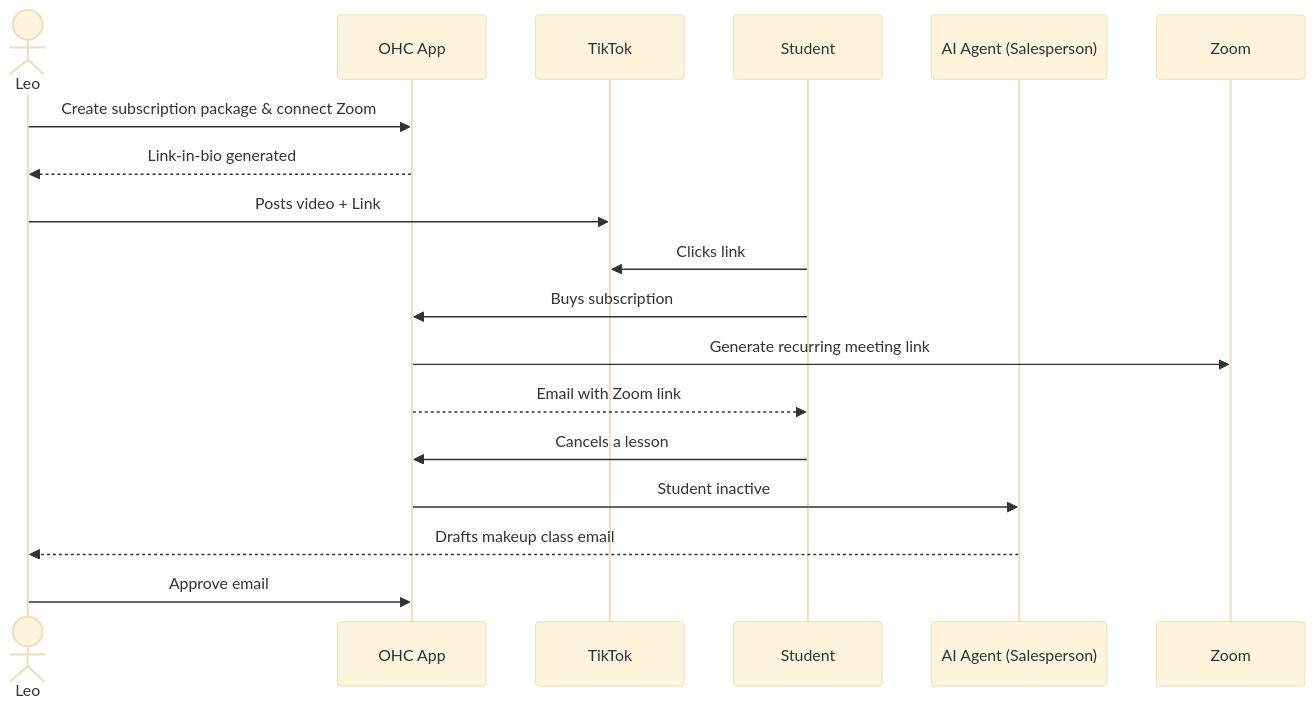
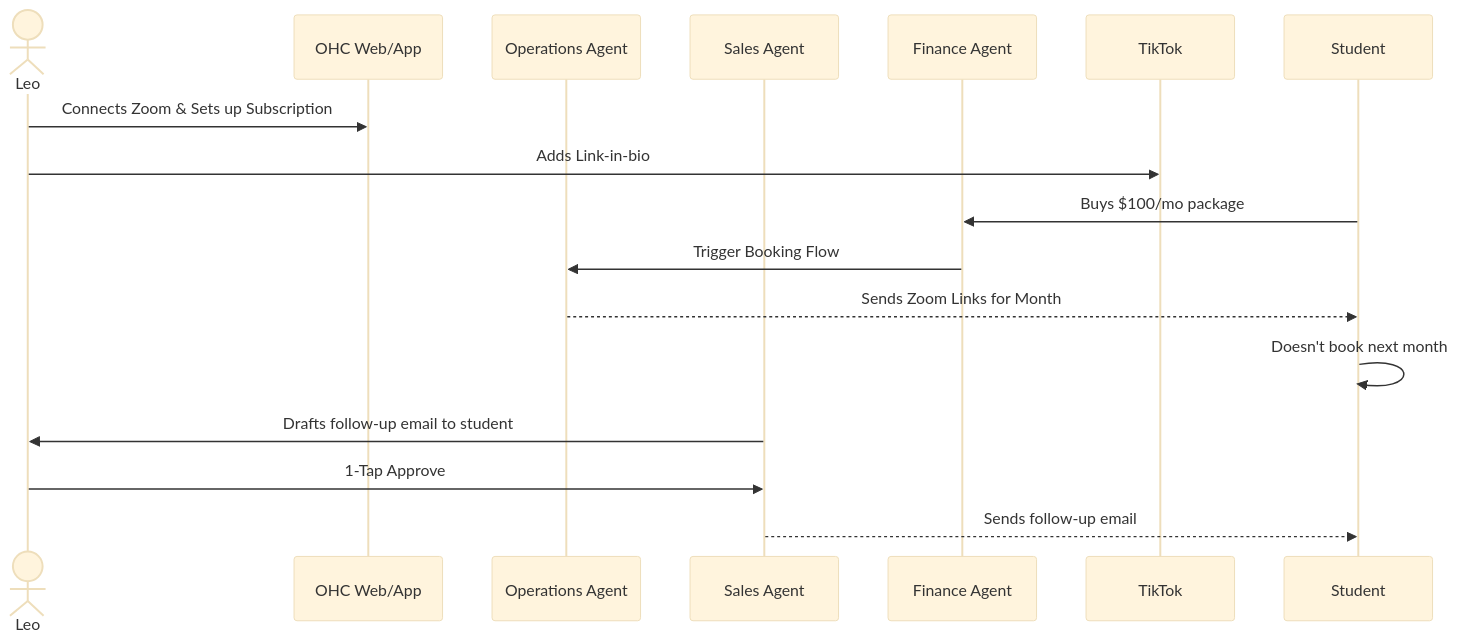
The fourth of 5 diagrams in docs/architecture/ohc_business_journey_architecture.md (omnisolo-llc/onehumancorp), drawn with Mermaid (base theme) before and after one commit. The commit also changed other lines of this file, not shown here.

First line of the commit message:
docs(architecture): update ohc_business_journey_architecture.md with detailed research report

````diff
--- a/docs/architecture/ohc_business_journey_architecture.md
+++ b/docs/architecture/ohc_business_journey_architecture.md
@@ -125,21 +132,18 @@
 ```mermaid
 sequenceDiagram
     actor Leo
-    participant OHC App
-    participant TikTok
-    participant Student
-    participant AI Agent (Salesperson)
-    participant Zoom
+    participant OHC Web/App
+    participant Operations Agent
+    participant Sales Agent
+    participant Finance Agent
 
-    Leo->>OHC App: Create subscription package & connect Zoom
-    OHC App-->>Leo: Link-in-bio generated
-    Leo->>TikTok: Posts video + Link
-    Student->>TikTok: Clicks link
-    Student->>OHC App: Buys subscription
-    OHC App->>Zoom: Generate recurring meeting link
-    OHC App-->>Student: Email with Zoom link
-    Student->>OHC App: Cancels a lesson
-    OHC App->>AI Agent (Salesperson): Student inactive
-    AI Agent (Salesperson)-->>Leo: Drafts makeup class email
-    Leo->>OHC App: Approve email
+    Leo->>OHC Web/App: Connects Zoom & Sets up Subscription
+    Leo->>TikTok: Adds Link-in-bio
+    Student->>Finance Agent: Buys $100/mo package
+    Finance Agent->>Operations Agent: Trigger Booking Flow
+    Operations Agent-->>Student: Sends Zoom Links for Month
+    Student->>Student: Doesn't book next month
+    Sales Agent->>Leo: Drafts follow-up email to student
+    Leo->>Sales Agent: 1-Tap Approve
+    Sales Agent-->>Student: Sends follow-up email
 ```
````
